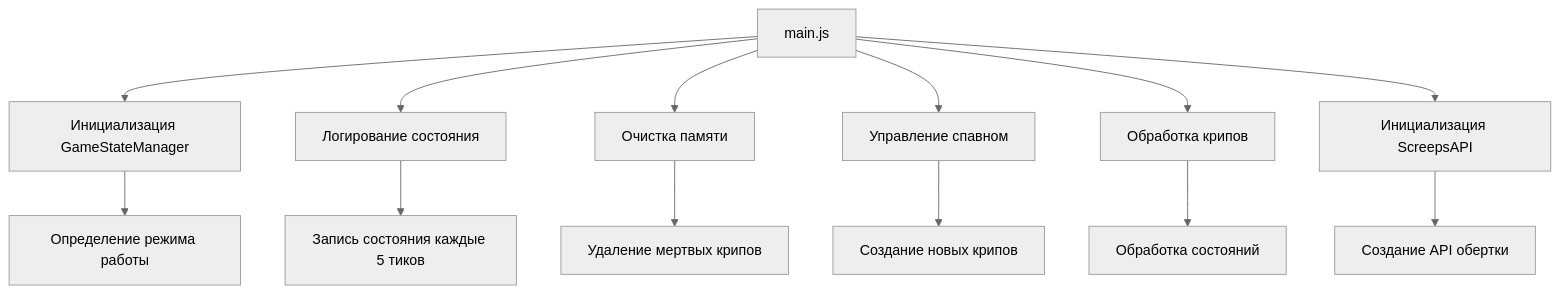
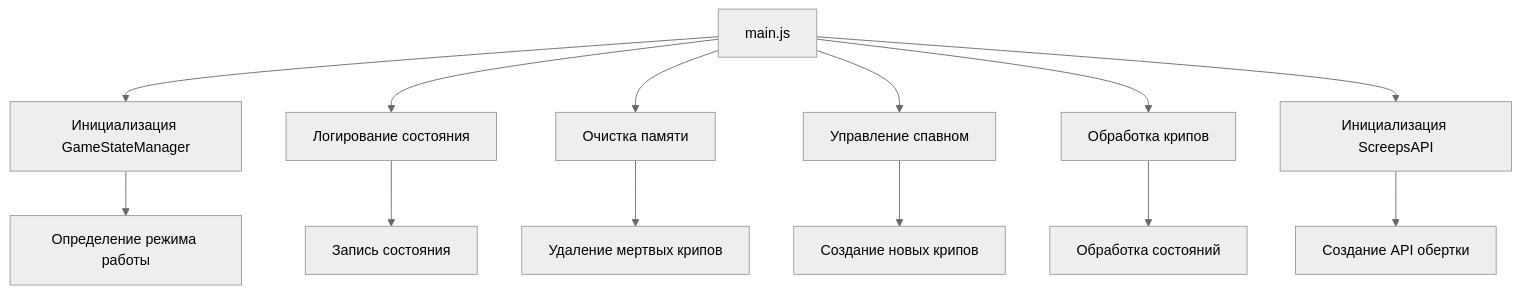
One commit to ekolvah/screeps changed the sixth of 10 diagrams in architecture.md. Above: the diagram before and after it, drawn with Mermaid (neutral theme). The commit also changed other lines of this file and 2 other files, not shown here.

Commit message:
fixed в отладочном режиме не определены константы Screeps, такие как STRUCTURE_CONTAINER

````diff
--- a/architecture.md
+++ b/architecture.md
@@ -168,16 +168,16 @@
 ```mermaid
 flowchart TD
     A[main.js] --> B[Инициализация GameStateManager]
     A --> C[Логирование состояния]
     A --> D[Очистка памяти]
     A --> E[Управление спавном]
     A --> F[Обработка крипов]
     A --> G[Инициализация ScreepsAPI]
     
     B --> H[Определение режима работы]
-    C --> I[Запись состояния каждые 5 тиков]
+    C --> I[Запись состояния]
     D --> J[Удаление мертвых крипов]
     E --> K[Создание новых крипов]
     F --> L[Обработка состояний]
     G --> M[Создание API обертки]
 ```
````
